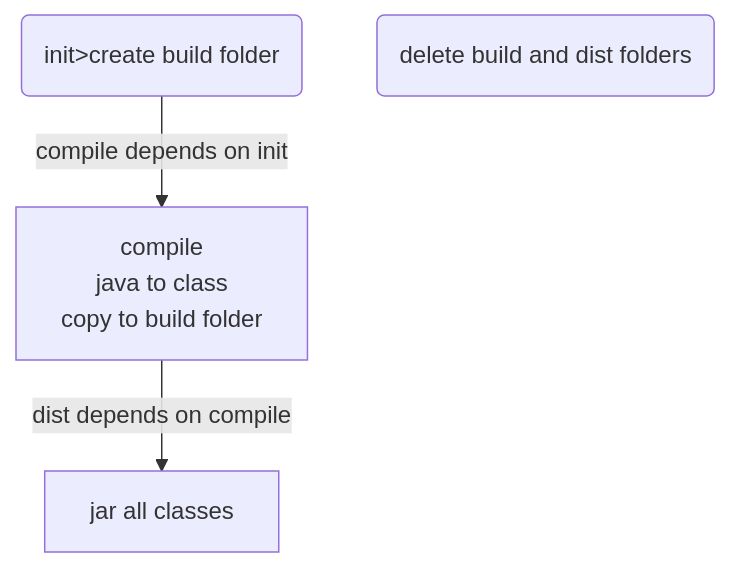
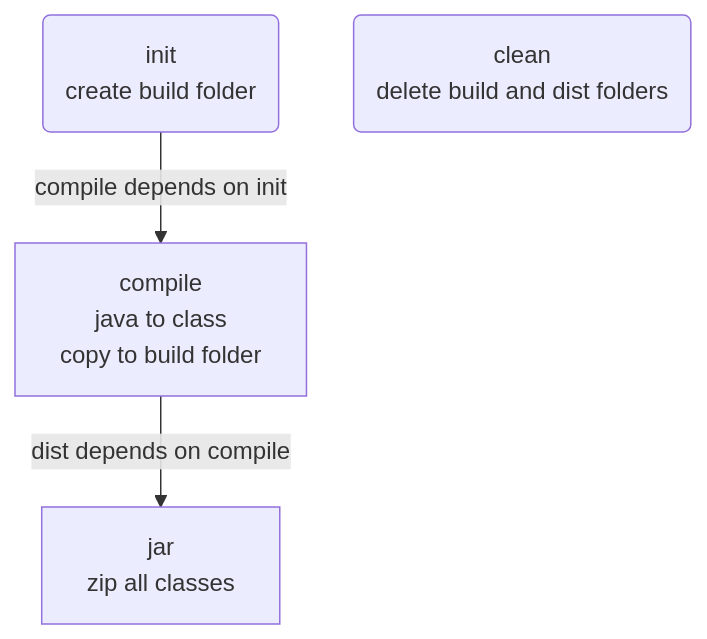
Before and after one commit to jwang1122/java: diagram 17 of 33 in doc/java.md, drawn with Mermaid. The commit also changed other lines of this file and 23 other files, not shown here.

````diff
--- a/doc/java.md
+++ b/doc/java.md
@@ -1195,11 +1203,11 @@
 ```mermaid
 graph TB
-INIT(init>create build folder)
+INIT(init<br/>create build folder)
 COMP[compile<br>java to class<br>copy to build folder]
-DIST[jar all classes]
-CLEAN(delete build and dist folders)
+DIST[jar<br/>zip all classes]
+CLEAN(clean<br/>delete build and dist folders)
 
 INIT--compile depends on init-->COMP
 COMP--dist depends on compile-->DIST
 
 ```
````
